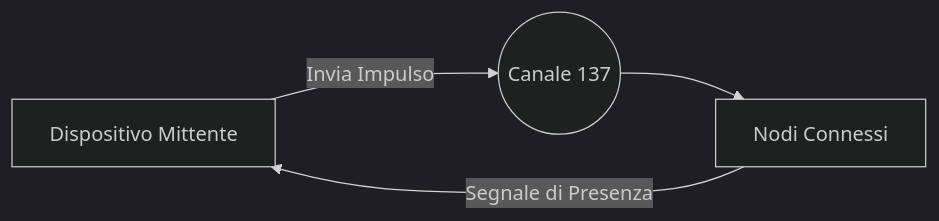
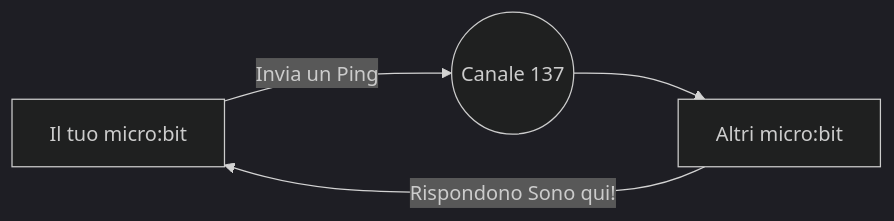
The first of 4 diagrams in README.md (pgiudici13/MicrobitRadiov3), drawn with Mermaid (dark theme) before and after one commit. The commit also changed other lines of this file, not shown here.

````diff
--- a/README.md
+++ b/README.md
@@ -27,6 +27,6 @@
 ```mermaid
 graph LR
-    Mittente[Dispositivo Mittente] -->|Invia Impulso| Rete((Canale 137))
-    Rete --> Riceventi[Nodi Connessi]
-    Riceventi -->|Segnale di Presenza| Mittente
+    Mittente[Il tuo micro:bit] -->|Invia un Ping| Rete((Canale 137))
+    Rete --> Riceventi[Altri micro:bit]
+    Riceventi -->|Rispondono Sono qui!| Mittente
 ```
````
